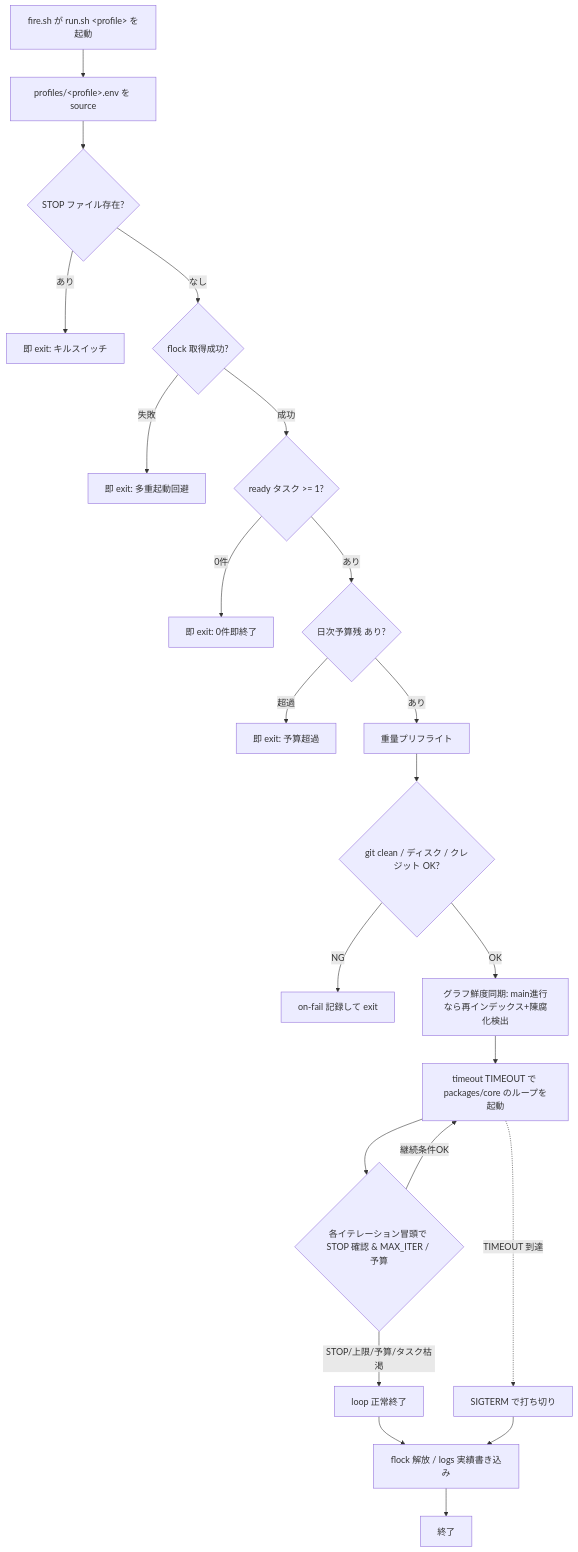
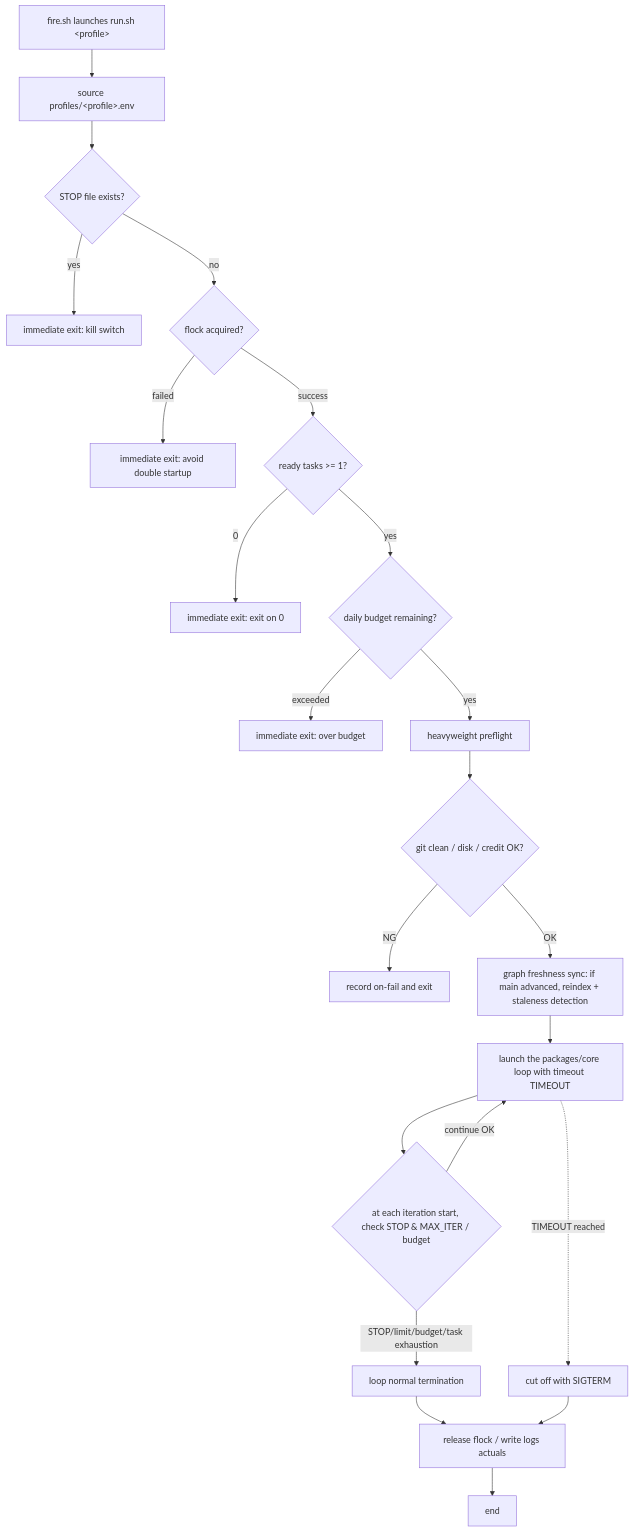
One commit to tsurupong/halo changed the diagram in docs/design/04-trigger-profiles-preflight.md. Above: the diagram before and after it, drawn with Mermaid. The commit also changed other lines of this file and 44 other files, not shown here.

````diff
--- a/docs/design/04-trigger-profiles-preflight.md
+++ b/docs/design/04-trigger-profiles-preflight.md
@@ -207,24 +207,24 @@
 ```mermaid
 flowchart TD
-    A[fire.sh が run.sh &lt;profile&gt; を起動] --> B[profiles/&lt;profile&gt;.env を source]
-    B --> C{STOP ファイル存在?}
-    C -- あり --> Z1[即 exit: キルスイッチ]
-    C -- なし --> D{flock 取得成功?}
-    D -- 失敗 --> Z2[即 exit: 多重起動回避]
-    D -- 成功 --> E{ready タスク >= 1?}
-    E -- 0件 --> Z3[即 exit: 0件即終了]
-    E -- あり --> F{日次予算残 あり?}
-    F -- 超過 --> Z4[即 exit: 予算超過]
-    F -- あり --> G[重量プリフライト]
-    G --> G1{git clean / ディスク / クレジット OK?}
-    G1 -- NG --> Z5[on-fail 記録して exit]
-    G1 -- OK --> G2[グラフ鮮度同期: main進行なら再インデックス+陳腐化検出]
-    G2 --> H[timeout TIMEOUT で packages/core のループを起動]
-    H --> I{各イテレーション冒頭で STOP 確認 & MAX_ITER / 予算}
-    I -- 継続条件OK --> H
-    I -- STOP/上限/予算/タスク枯渇 --> J[loop 正常終了]
-    H -. TIMEOUT 到達 .-> K[SIGTERM で打ち切り]
-    J --> Y[flock 解放 / logs 実績書き込み]
+    A[fire.sh launches run.sh &lt;profile&gt;] --> B[source profiles/&lt;profile&gt;.env]
+    B --> C{STOP file exists?}
+    C -- yes --> Z1[immediate exit: kill switch]
+    C -- no --> D{flock acquired?}
+    D -- failed --> Z2[immediate exit: avoid double startup]
+    D -- success --> E{ready tasks >= 1?}
+    E -- 0 --> Z3[immediate exit: exit on 0]
+    E -- yes --> F{daily budget remaining?}
+    F -- exceeded --> Z4[immediate exit: over budget]
+    F -- yes --> G[heavyweight preflight]
+    G --> G1{git clean / disk / credit OK?}
+    G1 -- NG --> Z5[record on-fail and exit]
+    G1 -- OK --> G2[graph freshness sync: if main advanced, reindex + staleness detection]
+    G2 --> H[launch the packages/core loop with timeout TIMEOUT]
+    H --> I{at each iteration start, check STOP & MAX_ITER / budget}
+    I -- continue OK --> H
+    I -- STOP/limit/budget/task exhaustion --> J[loop normal termination]
+    H -. TIMEOUT reached .-> K[cut off with SIGTERM]
+    J --> Y[release flock / write logs actuals]
     K --> Y
-    Y --> END[終了]
+    Y --> END[end]
 ```
````
